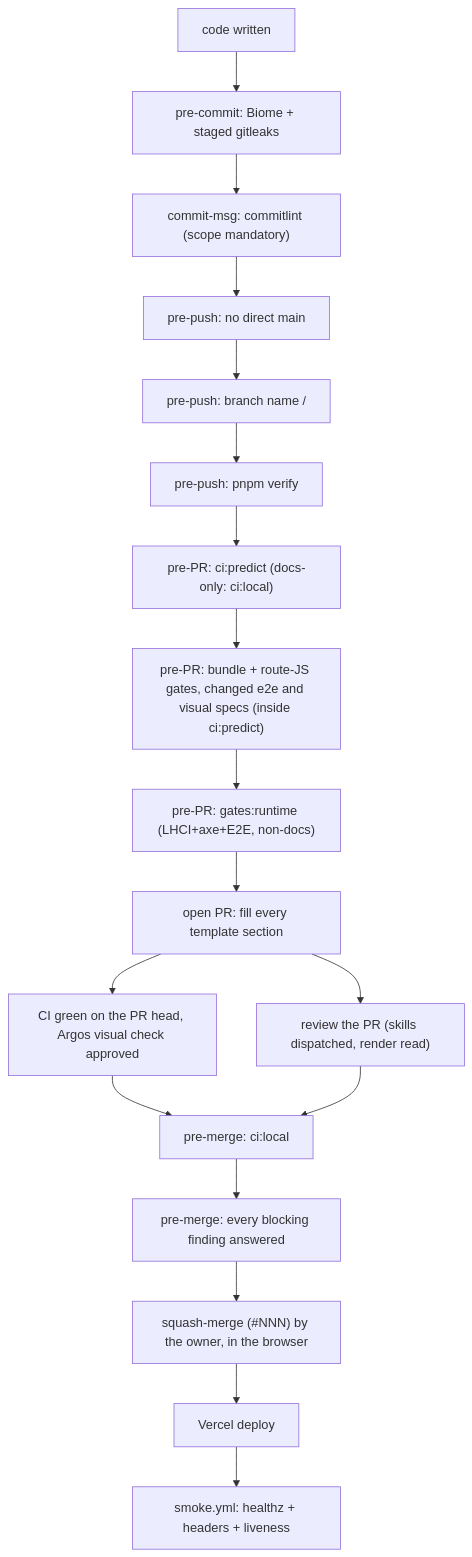
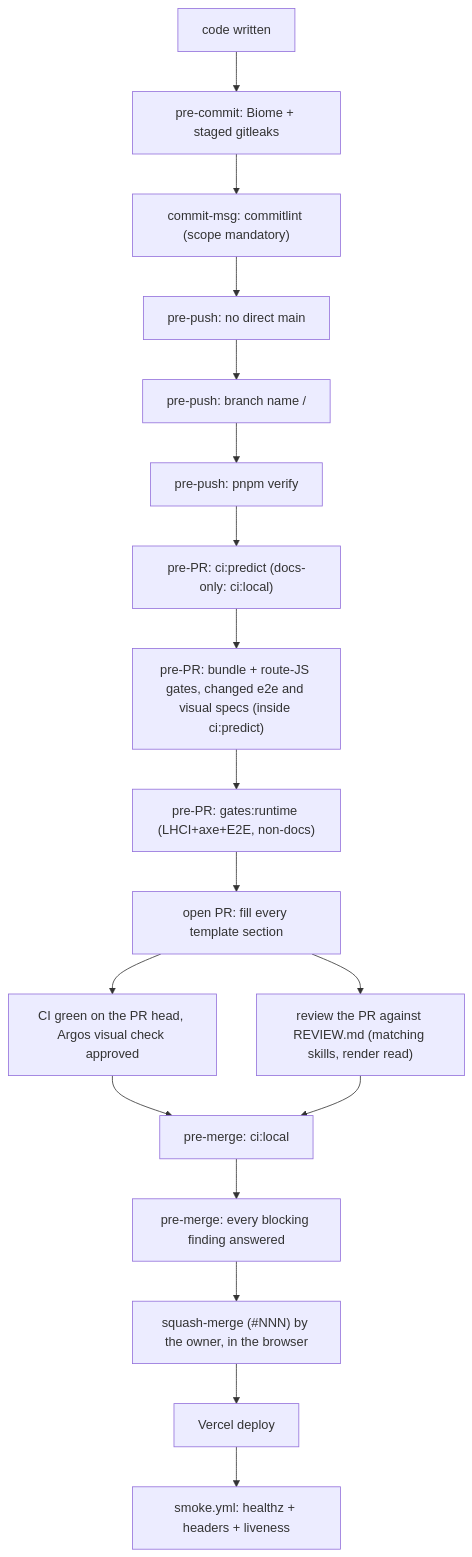
The first of 2 diagrams in docs/handbook/review-merge-release.md (erikunha/portfolio), drawn with Mermaid before and after one commit. The commit also changed other lines of this file and 8 other files, not shown here.

First line of the commit message:
docs(ai): describe the repository skills without the review orchestrator

````diff
--- a/docs/handbook/review-merge-release.md
+++ b/docs/handbook/review-merge-release.md
@@ -7,20 +7,20 @@
 ```mermaid
 flowchart TD
     write["code written"] --> c1["pre-commit: Biome + staged gitleaks"]
     c1 --> c2["commit-msg: commitlint (scope mandatory)"]
     c2 --> p1["pre-push: no direct main"]
     p1 --> p2["pre-push: branch name <type>/<desc>"]
     p2 --> p5["pre-push: pnpm verify"]
     p5 --> r1["pre-PR: ci:predict (docs-only: ci:local)"]
     r1 --> r2["pre-PR: bundle + route-JS gates, changed e2e and visual specs (inside ci:predict)"]
     r2 --> r4["pre-PR: gates:runtime (LHCI+axe+E2E, non-docs)"]
     r4 --> o1["open PR: fill every template section"]
     o1 --> o1b["CI green on the PR head, Argos visual check approved"]
-    o1 --> o2["review the PR (skills dispatched, render read)"]
+    o1 --> o2["review the PR against REVIEW.md (matching skills, render read)"]
     o1b --> m1["pre-merge: ci:local"]
     o2 --> m1
     m1 --> m4["pre-merge: every blocking finding answered"]
     m4 --> merge["squash-merge (#NNN) by the owner, in the browser"]
     merge --> deploy["Vercel deploy"]
     deploy --> smoke["smoke.yml: healthz + headers + liveness"]
 ```
````
